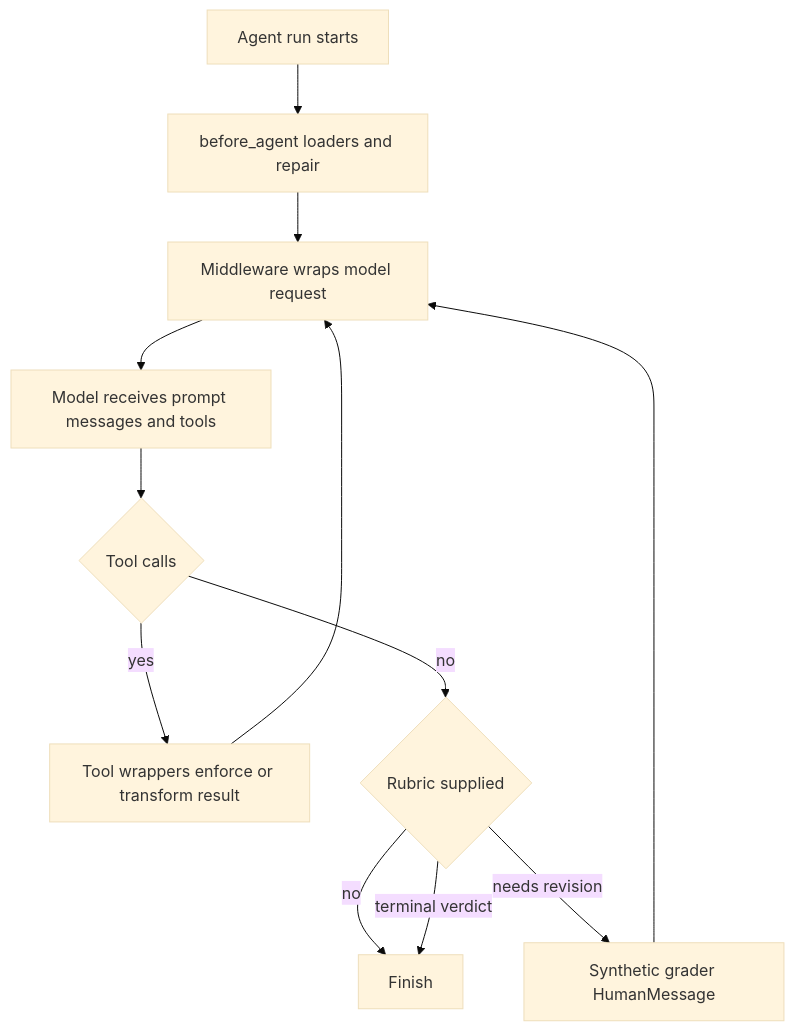
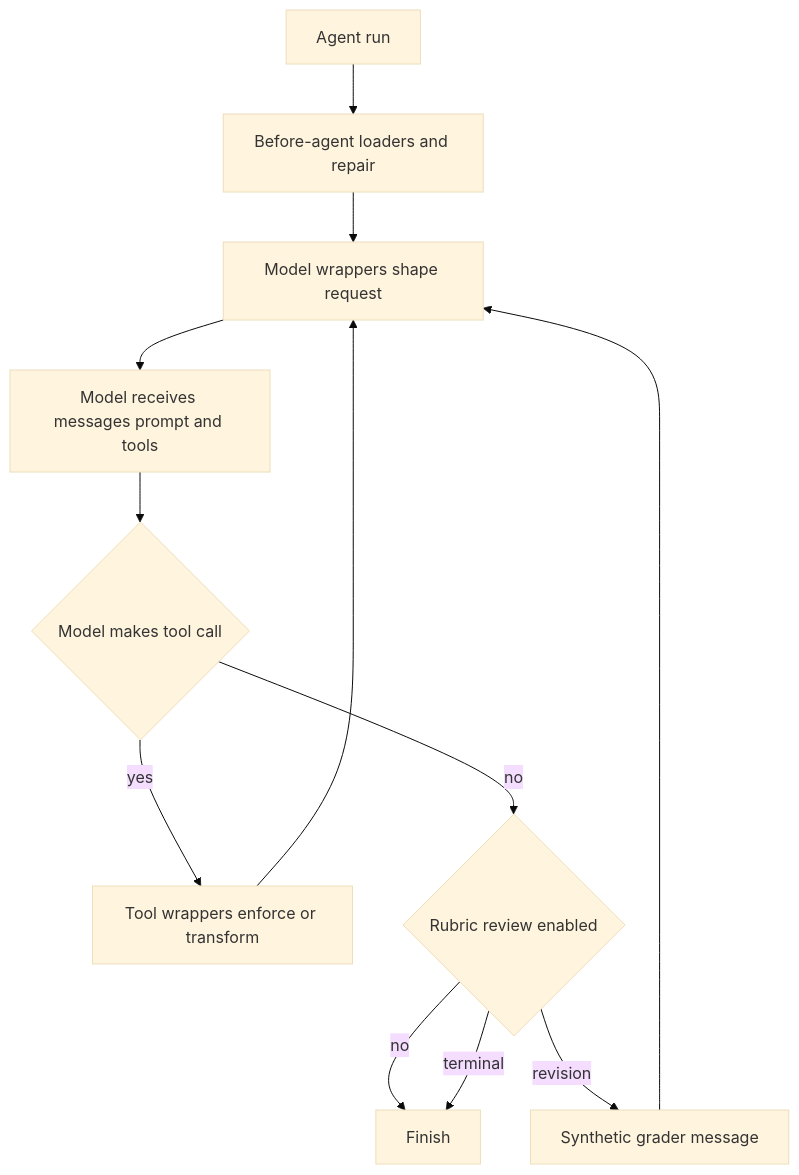
Before and after one commit to langchain-ai/deepagents: the diagram in openwiki/concepts/middleware-catalog.md, drawn with Mermaid (base theme). The commit also changed other lines of this file and 56 other files, not shown here.

````diff
--- a/openwiki/concepts/middleware-catalog.md
+++ b/openwiki/concepts/middleware-catalog.md
@@ -73,14 +71,14 @@
 ```mermaid
 flowchart TD
-    Start["Agent run starts"] --> Before["before_agent loaders and repair"]
-    Before --> Request["Middleware wraps model request"]
-    Request --> Model["Model receives prompt messages and tools"]
-    Model --> Calls{"Tool calls"}
-    Calls -->|"yes"| ToolWrap["Tool wrappers enforce or transform result"]
+    Start["Agent run"] --> Before["Before-agent loaders and repair"]
+    Before --> Request["Model wrappers shape request"]
+    Request --> Model["Model receives messages prompt and tools"]
+    Model --> Decision{"Model makes tool call"}
+    Decision -->|"yes"| ToolWrap["Tool wrappers enforce or transform"]
     ToolWrap --> Request
-    Calls -->|"no"| Rubric{"Rubric supplied"}
-    Rubric -->|"no"| Finish["Finish"]
-    Rubric -->|"needs revision"| Feedback["Synthetic grader HumanMessage"]
+    Decision -->|"no"| Review{"Rubric review enabled"}
+    Review -->|"no"| Finish["Finish"]
+    Review -->|"revision"| Feedback["Synthetic grader message"]
     Feedback --> Request
-    Rubric -->|"terminal verdict"| Finish
+    Review -->|"terminal"| Finish
 ```
````
